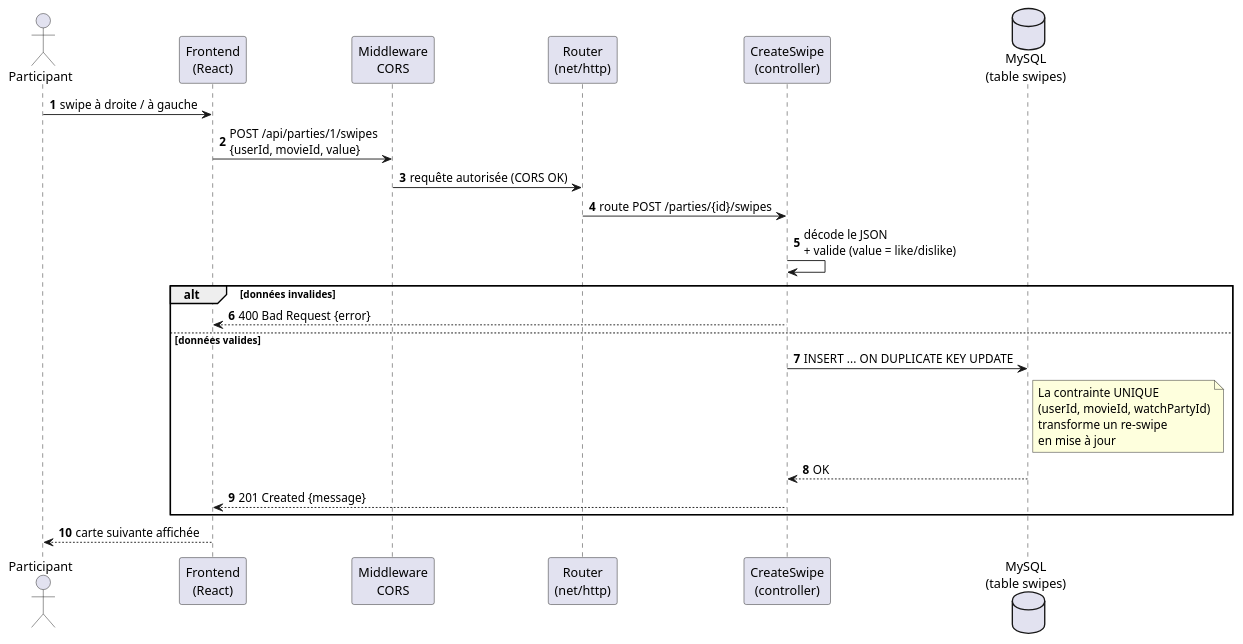
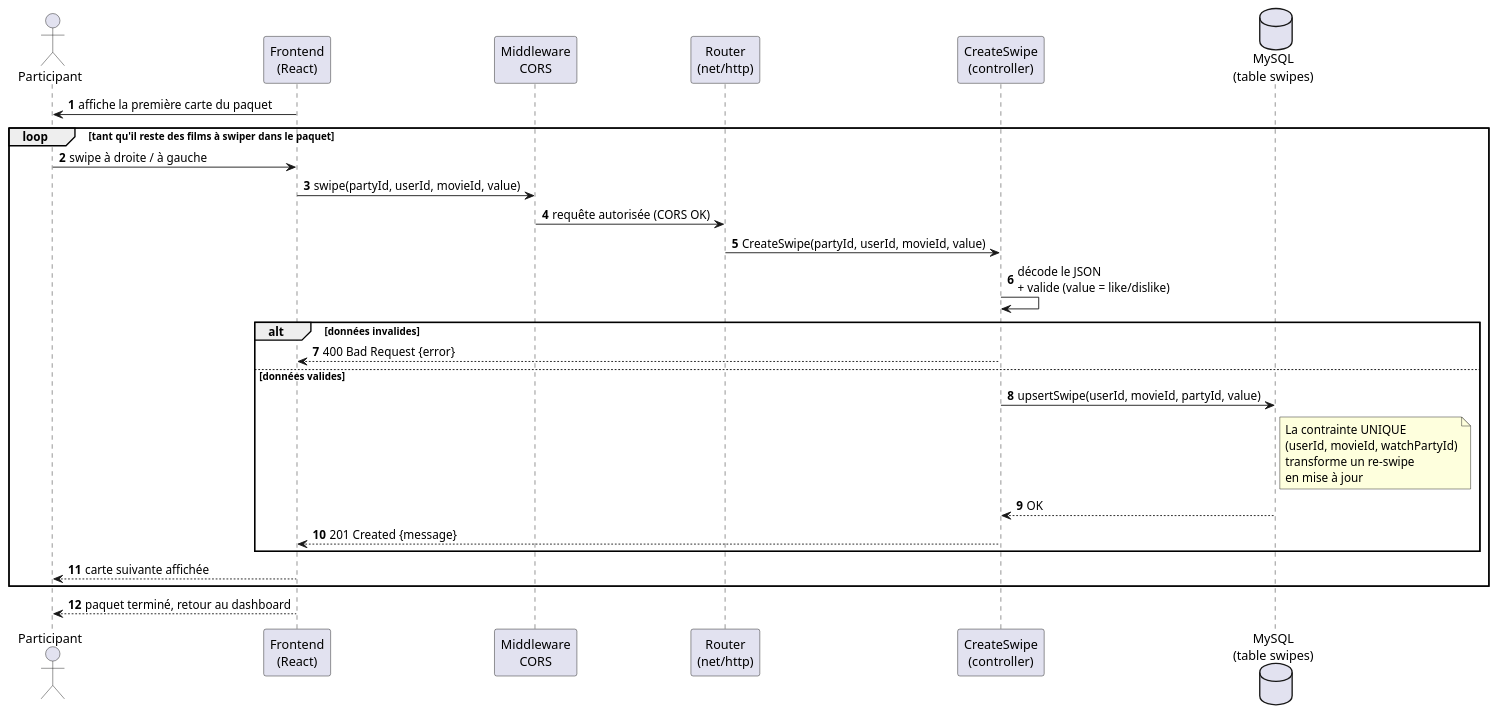
One commit to fatymut/watchparty changed the diagram in docs/uml/sequence_swipe.puml. Above: the diagram before and after it, drawn with PlantUML. The commit also changed 18 other files, not shown here.

First line of the commit message:
UML : diagramme de cas d'utilisation, objets swipe/invitation, sequence creation soiree, style sequences corrige

```diff
--- a/docs/uml/sequence_swipe.puml
+++ b/docs/uml/sequence_swipe.puml
@@ -1,38 +1,45 @@
 @startuml WatchParty - Séquence : Enregistrer un swipe
-' Scénario : un participant swipe un film (like / dislike)
+' Scénario : un participant swipe plusieurs films du paquet (like / dislike),
+' carte après carte, jusqu'à épuisement du paquet.
 ' Endpoint : POST /api/parties/{id}/swipes
 
 skinparam shadowing false
 autonumber
 
 actor "Participant" as User
 participant "Frontend\n(React)" as Front
 participant "Middleware\nCORS" as CORS
 participant "Router\n(net/http)" as Router
 participant "CreateSwipe\n(controller)" as Ctrl
 database "MySQL\n(table swipes)" as DB
 
-User -> Front : swipe à droite / à gauche
-Front -> CORS : POST /api/parties/1/swipes\n{userId, movieId, value}
-CORS -> Router : requête autorisée (CORS OK)
-Router -> Ctrl : route POST /parties/{id}/swipes
+Front -> User : affiche la première carte du paquet
 
-Ctrl -> Ctrl : décode le JSON\n+ valide (value = like/dislike)
+loop tant qu'il reste des films à swiper dans le paquet
+  User -> Front : swipe à droite / à gauche
+  Front -> CORS : swipe(partyId, userId, movieId, value)
+  CORS -> Router : requête autorisée (CORS OK)
+  Router -> Ctrl : CreateSwipe(partyId, userId, movieId, value)
 
-alt données invalides
-  Ctrl --> Front : 400 Bad Request {error}
-else données valides
-  Ctrl -> DB : INSERT ... ON DUPLICATE KEY UPDATE
-  note right of DB
-    La contrainte UNIQUE
-    (userId, movieId, watchPartyId)
-    transforme un re-swipe
-    en mise à jour
-  end note
-  DB --> Ctrl : OK
-  Ctrl --> Front : 201 Created {message}
+  Ctrl -> Ctrl : décode le JSON\n+ valide (value = like/dislike)
+
+  alt données invalides
+    Ctrl --> Front : 400 Bad Request {error}
+  else données valides
+    Ctrl -> DB : upsertSwipe(userId, movieId, partyId, value)
+    note right of DB
+      La contrainte UNIQUE
+      (userId, movieId, watchPartyId)
+      transforme un re-swipe
+      en mise à jour
+    end note
+    DB --> Ctrl : OK
+    Ctrl --> Front : 201 Created {message}
+  end
+
+  Front --> User : carte suivante affichée
 end
 
-Front --> User : carte suivante affichée
+Front --> User : paquet terminé, retour au dashboard
 
 @enduml
```
